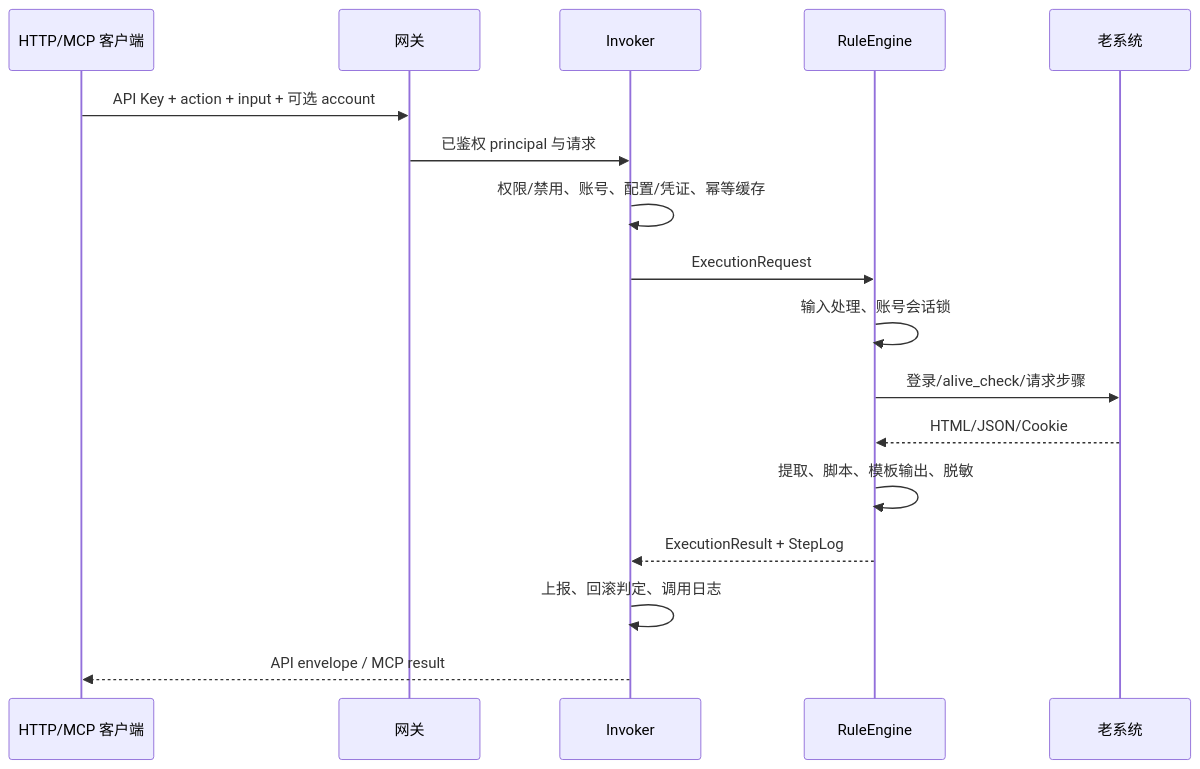
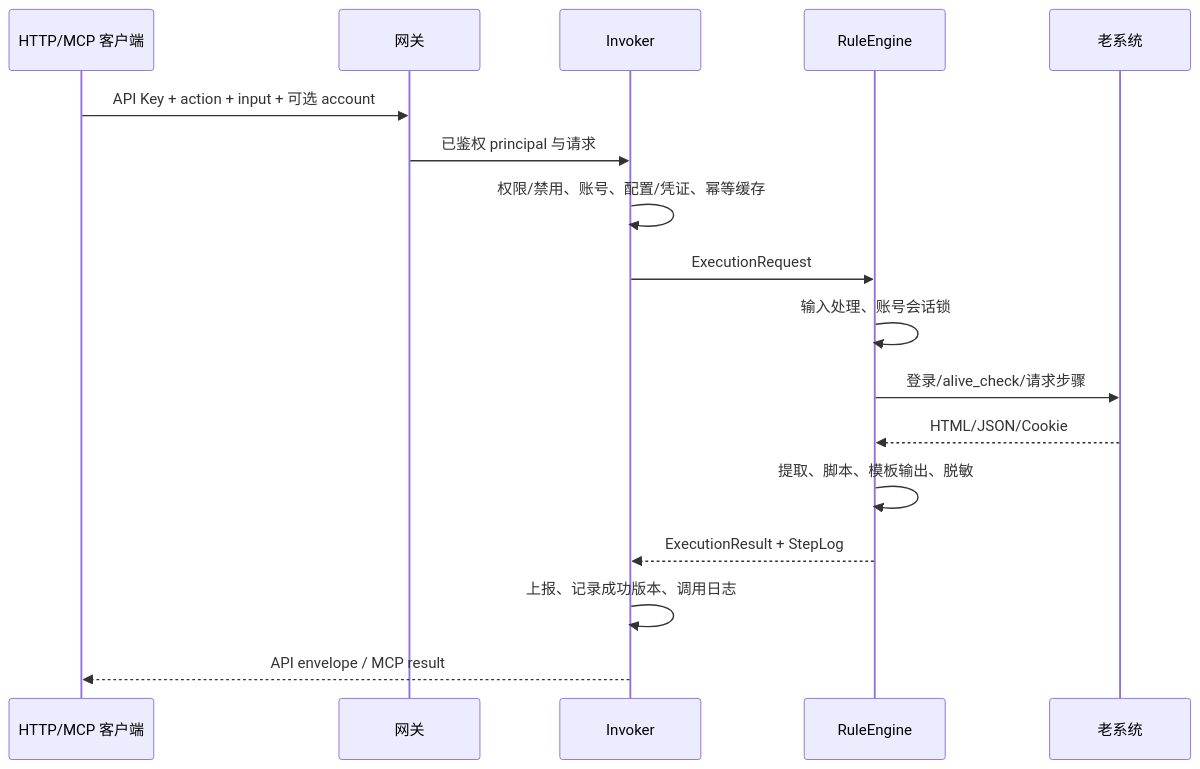
Before and after one commit to A-Coldsky/Hermit: the second of 2 diagrams in docs/architecture.md, drawn with Mermaid. The commit also changed other lines of this file and 52 other files, not shown here.

````diff
--- a/docs/architecture.md
+++ b/docs/architecture.md
@@ -67,19 +67,19 @@
 ```mermaid
 sequenceDiagram
   participant C as HTTP/MCP 客户端
   participant G as 网关
   participant I as Invoker
   participant E as RuleEngine
   participant O as 老系统
   C->>G: API Key + action + input + 可选 account
   G->>I: 已鉴权 principal 与请求
   I->>I: 权限/禁用、账号、配置/凭证、幂等缓存
   I->>E: ExecutionRequest
   E->>E: 输入处理、账号会话锁
   E->>O: 登录/alive_check/请求步骤
   O-->>E: HTML/JSON/Cookie
   E->>E: 提取、脚本、模板输出、脱敏
   E-->>I: ExecutionResult + StepLog
-  I->>I: 上报、回滚判定、调用日志
+  I->>I: 上报、记录成功版本、调用日志
   I-->>C: API envelope / MCP result
 ```
````
